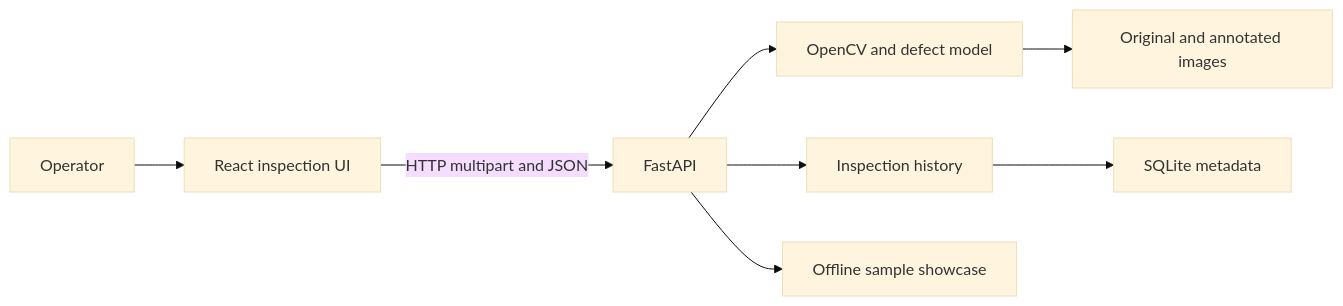
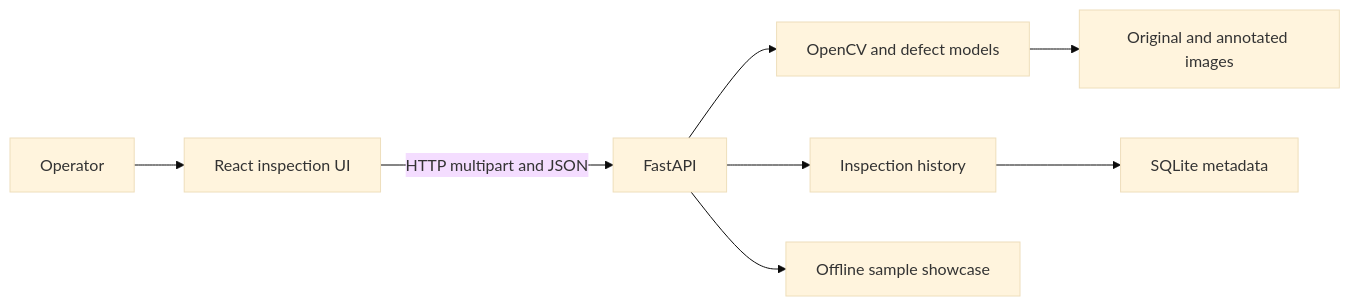
Before and after one commit to legion2440/inspect-vision: the first of 2 diagrams in ARCHITECTURE.md, drawn with Mermaid (base theme). The commit also changed other lines of this file, not shown here.

Commit message:
docs: align architecture with guided general model

````diff
--- a/ARCHITECTURE.md
+++ b/ARCHITECTURE.md
@@ -15,10 +14,10 @@
 ```mermaid
 flowchart LR
     Operator["Operator"] --> Frontend["React inspection UI"]
     Frontend -->|"HTTP multipart and JSON"| API["FastAPI"]
-    API --> Detection["OpenCV and defect model"]
+    API --> Detection["OpenCV and defect models"]
     API --> History["Inspection history"]
     API --> Samples["Offline sample showcase"]
     Detection --> Media["Original and annotated images"]
     History --> Database["SQLite metadata"]
 ```
````
